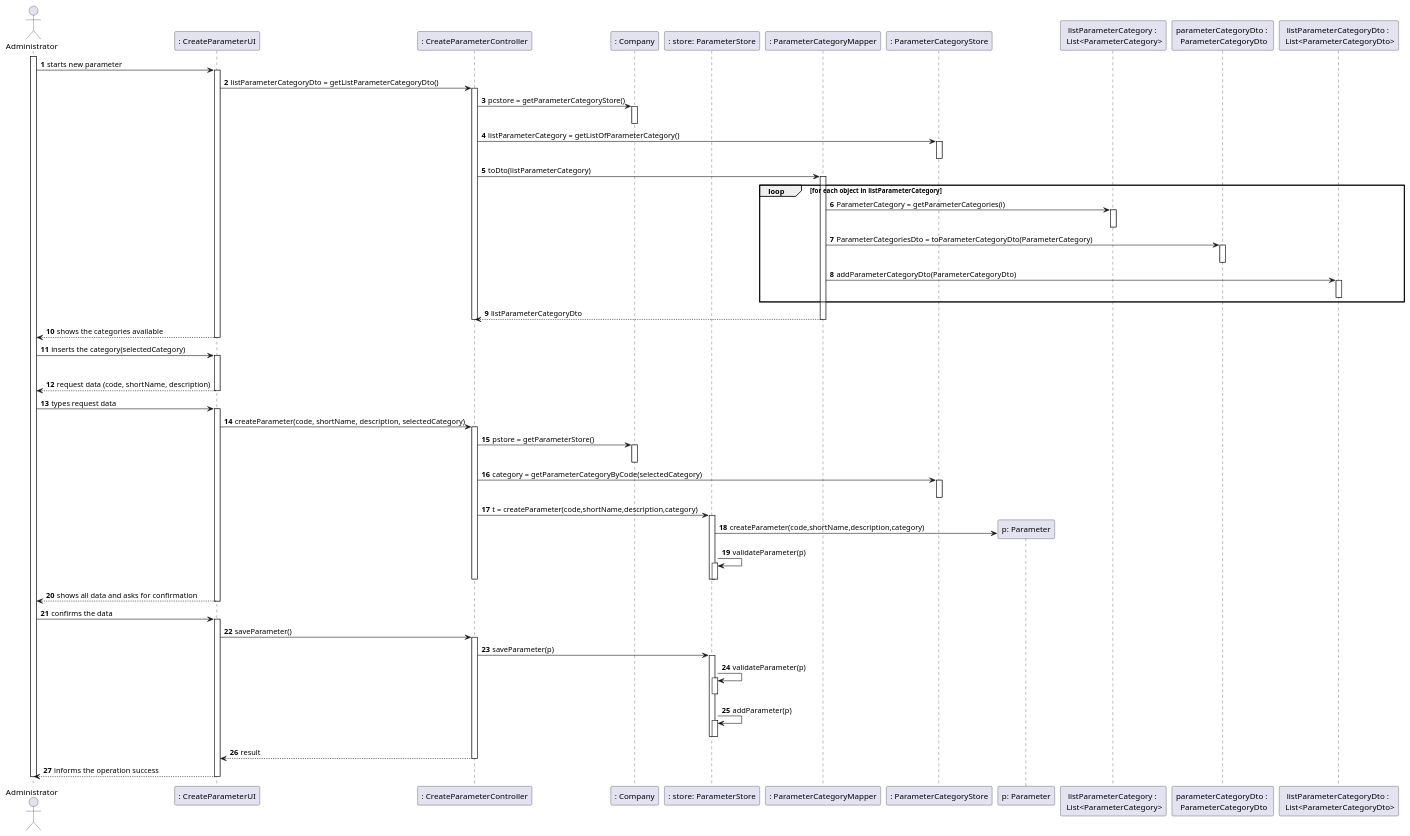
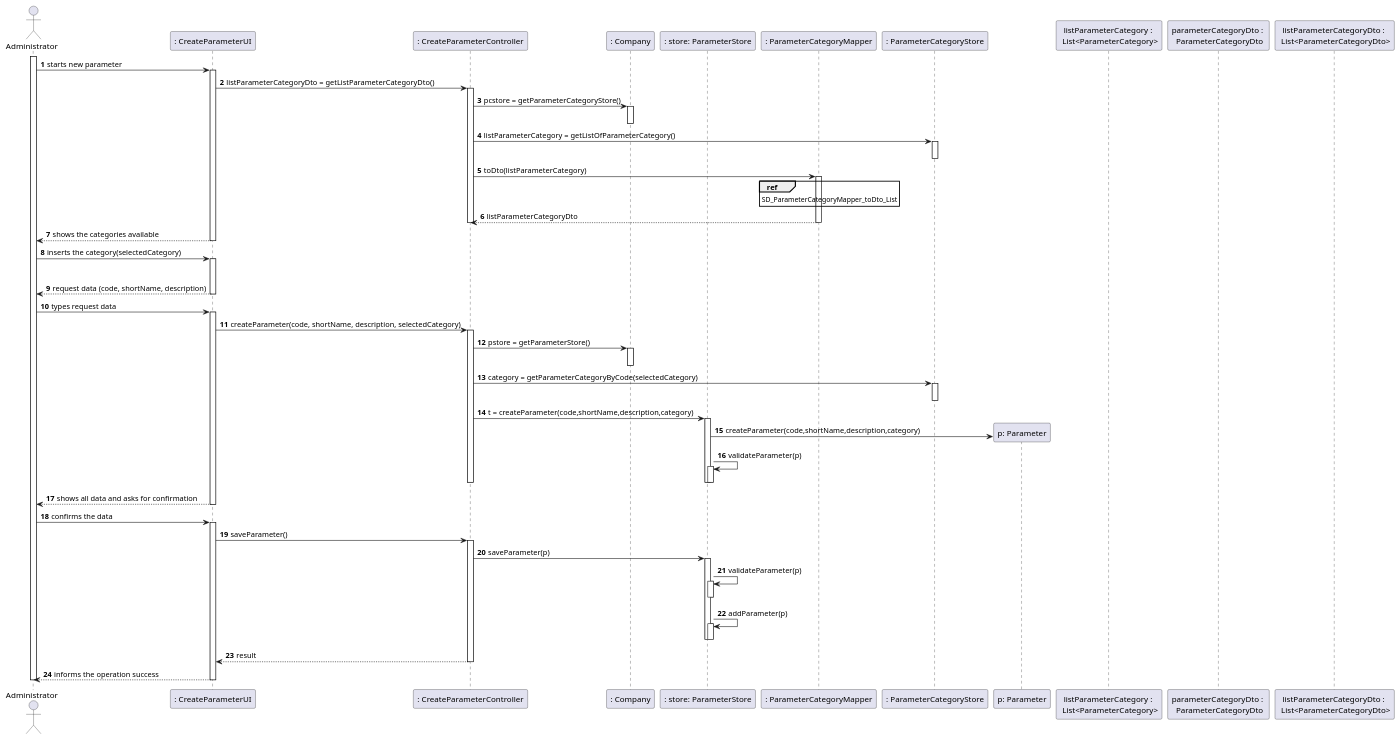
The diagram in docs/SprintB/US10/US10_SD.puml (manu-07-ela/LAPR2_ISEP), drawn with PlantUML before and after one commit. The commit also changed 2 other files, not shown here.

```diff
--- a/docs/SprintB/US10/US10_SD.puml
+++ b/docs/SprintB/US10/US10_SD.puml
@@ -1,110 +1,102 @@
 @startuml
 'https://plantuml.com/sequence-diagram
 
 autonumber
 
 actor "Administrator" as ADM
 
 participant ": CreateParameterUI" as UI
 participant ": CreateParameterController" as CTRL
 participant ": Company" as COMP
 participant ": store: ParameterStore" as STORE
 participant ": ParameterCategoryMapper" as MAPPER
 participant ": ParameterCategoryStore" as PCSTORE
 participant "p: Parameter" as PRMT
 participant "listParameterCategory : \n List<ParameterCategory>" as LISTPC
 participant "parameterCategoryDto : \n ParameterCategoryDto" as PCDTO
 participant "listParameterCategoryDto : \n List<ParameterCategoryDto>" as LISTPCDTO
 
 
 
 activate ADM
 ADM -> UI: starts new parameter
 activate UI
 UI -> CTRL : listParameterCategoryDto = getListParameterCategoryDto()
 activate CTRL
 CTRL -> COMP : pcstore = getParameterCategoryStore()
 activate COMP
 deactivate COMP
 CTRL -> PCSTORE : listParameterCategory = getListOfParameterCategory()
 activate PCSTORE
 deactivate PCSTORE
 CTRL -> MAPPER : toDto(listParameterCategory)
 activate MAPPER
-loop for each object in listParameterCategory
-MAPPER -> LISTPC : ParameterCategory = getParameterCategories(i)
-activate LISTPC
-deactivate LISTPC
-MAPPER-> PCDTO : ParameterCategoriesDto = toParameterCategoryDto(ParameterCategory)
-activate PCDTO
-deactivate PCDTO
-MAPPER-> LISTPCDTO : addParameterCategoryDto(ParameterCategoryDto)
-activate LISTPCDTO
-deactivate LISTPCDTO
-end
+ref over MAPPER
+SD_ParameterCategoryMapper_toDto_List
+end ref
 MAPPER --> CTRL : listParameterCategoryDto
 deactivate MAPPER
 deactivate CTRL
 UI --> ADM : shows the categories available
 deactivate UI
 
 
 
 ADM -> UI: inserts the category(selectedCategory)
 activate UI
 deactivate CTRL
 UI--> ADM : request data (code, shortName, description)
 deactivate UI
 
 
 ADM -> UI : types request data
 activate UI
 UI -> CTRL : createParameter(code, shortName, description, selectedCategory)
 activate CTRL
 CTRL -> COMP : pstore = getParameterStore()
 activate COMP
 deactivate COMP
 CTRL -> PCSTORE : category = getParameterCategoryByCode(selectedCategory)
 activate PCSTORE
 deactivate PCSTORE
 CTRL -> STORE : t = createParameter(code,shortName,description,category)
 activate STORE
 STORE -> PRMT** : createParameter(code,shortName,description,category)
 STORE -> STORE : validateParameter(p)
 activate STORE
 deactivate STORE
 deactivate STORE
 
 
 
 
 
 
 deactivate CTRL
 deactivate STORE
 UI --> ADM : shows all data and asks for confirmation
 deactivate UI
 
 
 
 ADM -> UI: confirms the data
 activate UI
 UI -> CTRL : saveParameter()
 activate CTRL
 CTRL -> STORE : saveParameter(p)
 activate STORE
 STORE -> STORE : validateParameter(p)
 activate STORE
 deactivate STORE
 STORE ->STORE : addParameter(p)
 activate STORE
 deactivate STORE
 deactivate STORE
 deactivate STORE
 CTRL --> UI : result
 deactivate CTRL
 UI --> ADM : informs the operation success
 deactivate UI
 deactivate ADM
 
 @enduml
```
